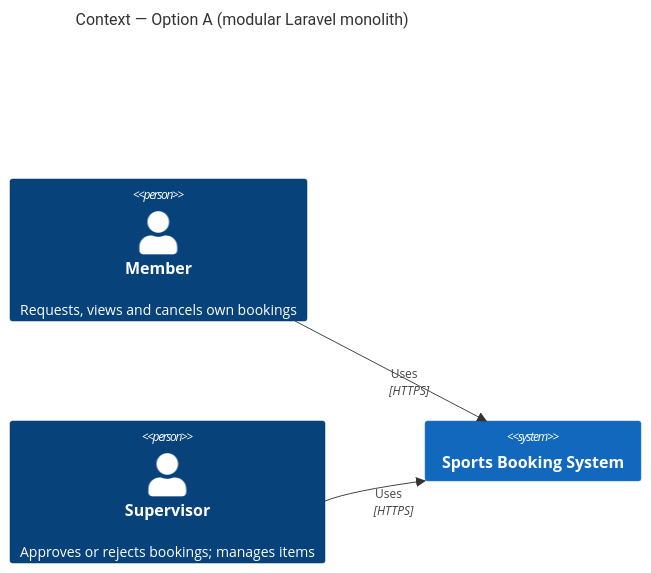
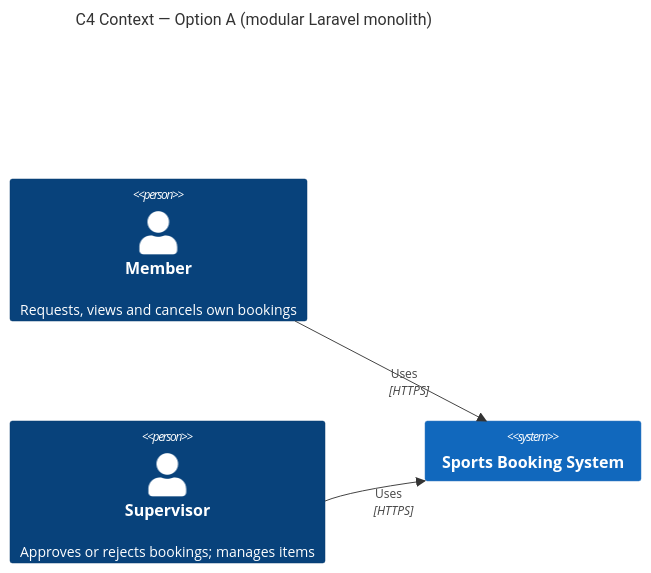
One commit to abdullah3894/swe485-booking-system changed the first of 6 diagrams in M1-architecture-draft.md. Above: the diagram before and after it, drawn with Mermaid. The commit also changed other lines of this file, not shown here.

````diff
--- a/M1-architecture-draft.md
+++ b/M1-architecture-draft.md
@@ -47,9 +41,9 @@
 ```mermaid
 C4Context
-    title Context — Option A (modular Laravel monolith)
+    title C4 Context — Option A (modular Laravel monolith)
     Person(member, "Member", "Requests, views and cancels own bookings")
     Person(supervisor, "Supervisor", "Approves or rejects bookings; manages items")
     System(bookSys, "Sports Booking System")
     Rel(member, bookSys, "Uses", "HTTPS")
     Rel(supervisor, bookSys, "Uses", "HTTPS")
 ```
````
